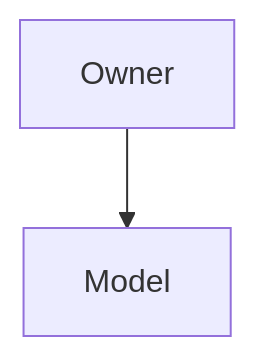
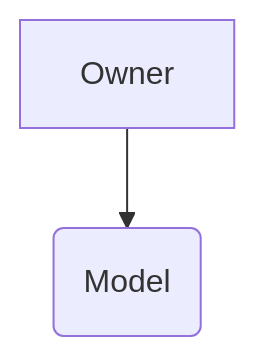
One commit to anhttmle/CAIO changed the diagram in AI-Training/SecurityInAI.md. Above: the diagram before and after it, drawn with Mermaid.

````diff
--- a/AI-Training/SecurityInAI.md
+++ b/AI-Training/SecurityInAI.md
@@ -5,7 +5,7 @@
 ```mermaid
 
   graph TD
-  owner["Owner"] --> model["Model"]
+  owner["Owner"] --> model("Model")
   
 
 ```
````
